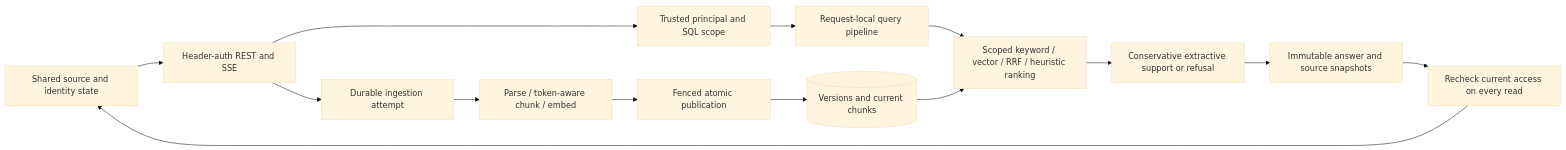
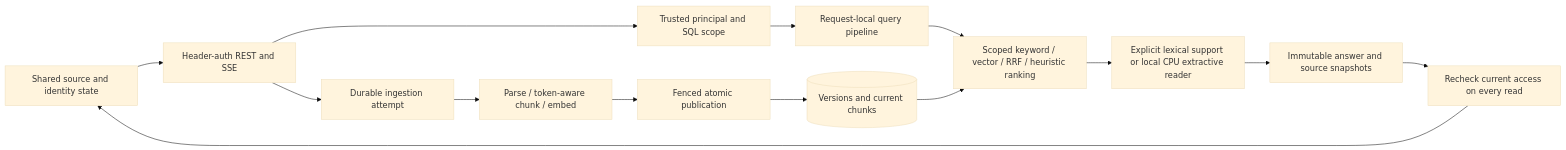
One commit to FishRaposo/groundtruth changed the first of 3 diagrams in docs/ARCHITECTURE.md. Above: the diagram before and after it, drawn with Mermaid (base theme). The commit also changed other lines of this file and 61 other files, not shown here.

Commit message:
Add local extractive reader and freeze coverage development evidence

````diff
--- a/docs/ARCHITECTURE.md
+++ b/docs/ARCHITECTURE.md
@@ -11,16 +11,16 @@
 ```mermaid
 flowchart LR
     UI[Shared source and identity state] --> HTTP[Header-auth REST and SSE]
     HTTP --> SCOPE[Trusted principal and SQL scope]
     SCOPE --> PIPE[Request-local query pipeline]
     PIPE --> RET[Scoped keyword / vector / RRF / heuristic ranking]
-    RET --> SUPPORT[Conservative extractive support or refusal]
+    RET --> SUPPORT[Explicit lexical support or local CPU extractive reader]
     SUPPORT --> SNAP[Immutable answer and source snapshots]
     HTTP --> JOB[Durable ingestion attempt]
     JOB --> PARSE[Parse / token-aware chunk / embed]
     PARSE --> PUB[Fenced atomic publication]
     PUB --> DB[(Versions and current chunks)]
     DB --> RET
     SNAP --> READ[Recheck current access on every read]
     READ --> UI
 ```
````
